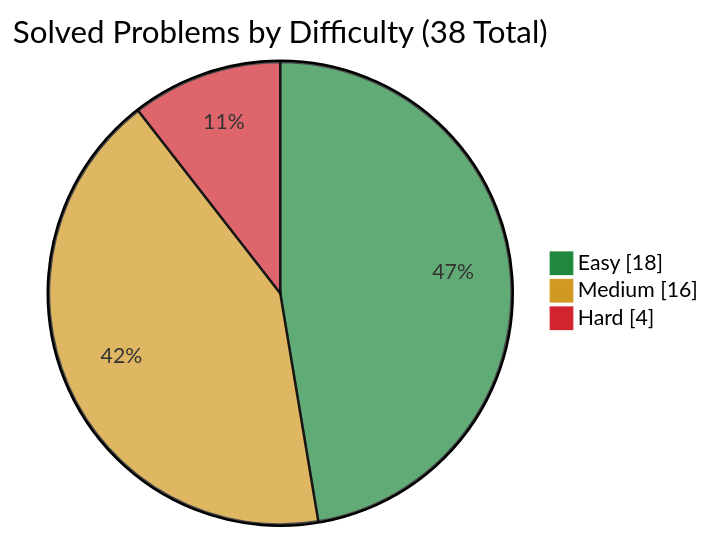
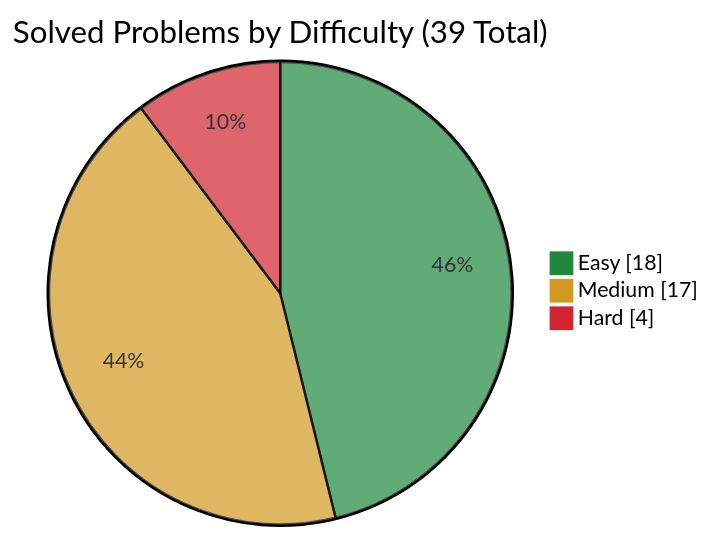
One commit to simonesiega/leetcode-solutions changed the first of 3 diagrams in README.md. Above: the diagram before and after it, drawn with Mermaid. The commit also changed other lines of this file and 3 other files, not shown here.

````diff
--- a/README.md
+++ b/README.md
@@ -73,8 +73,8 @@
 ```mermaid
 %%{init: {"themeVariables": {"pie1": "#1f883d", "pie2": "#d29922", "pie3": "#d1242f"}}}%%
 pie showData
-    title Solved Problems by Difficulty (38 Total)
+    title Solved Problems by Difficulty (39 Total)
     "Easy" : 18
-    "Medium" : 16
+    "Medium" : 17
     "Hard" : 4
 ```
````
